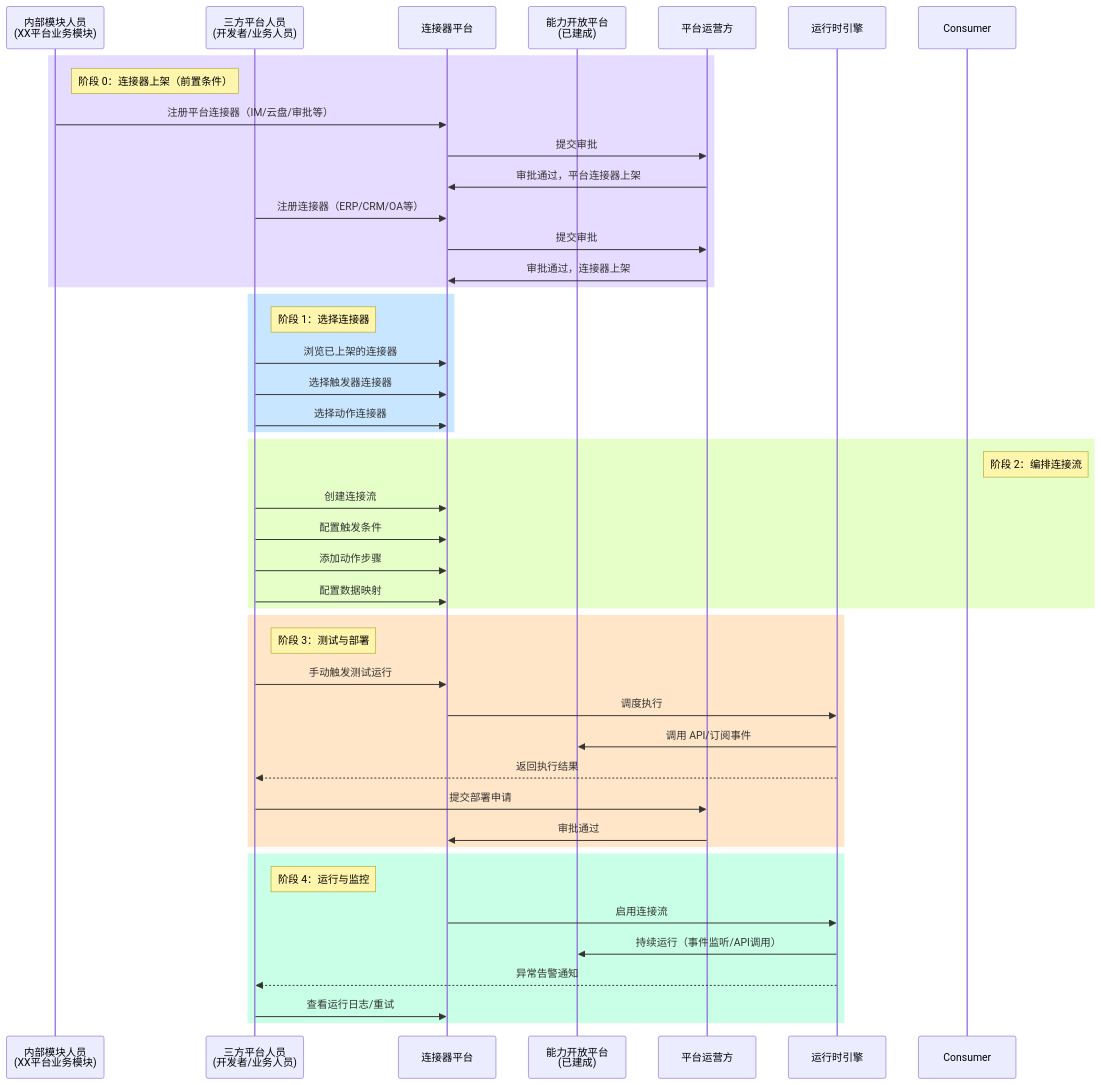
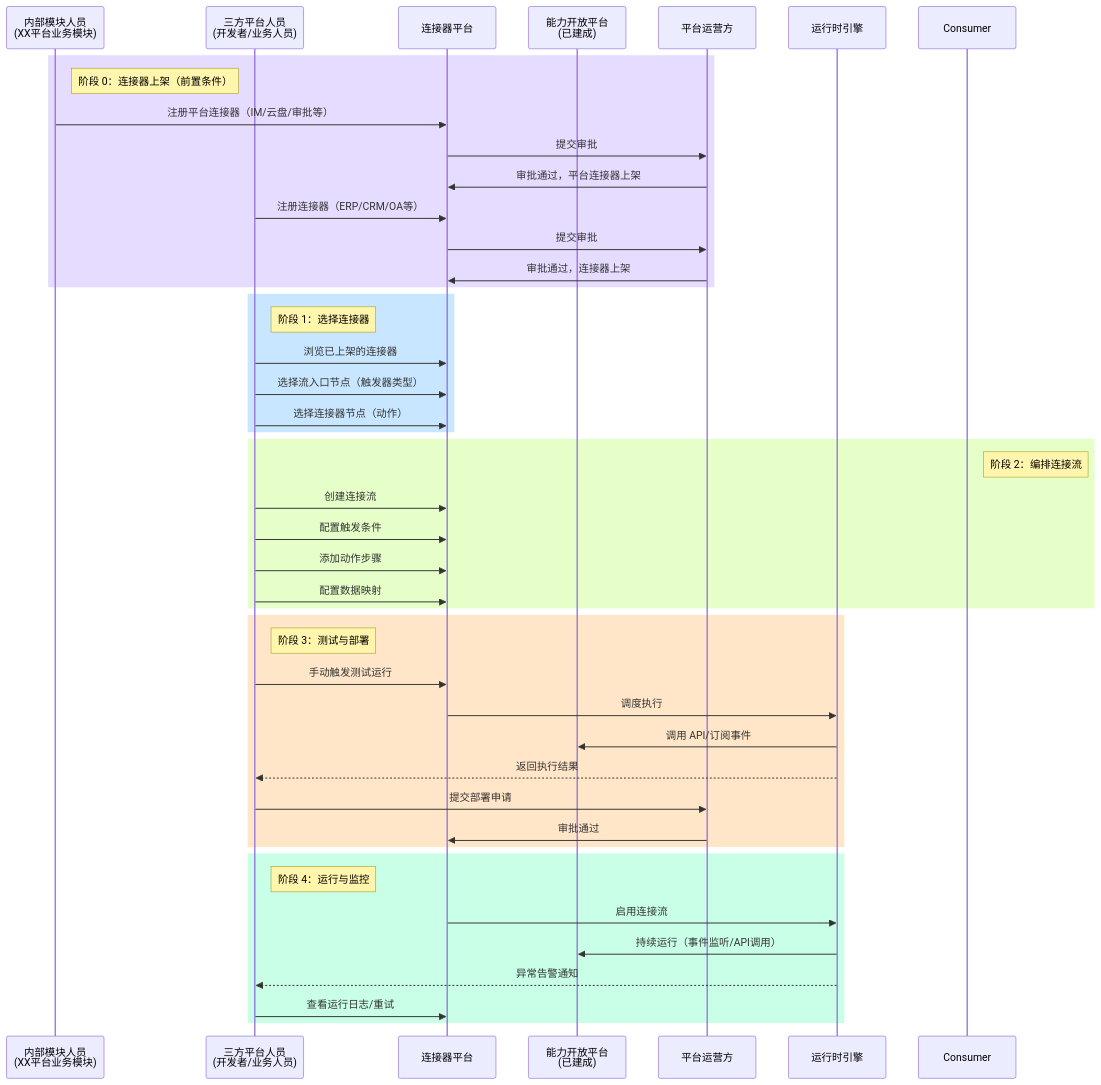
One commit to THZSummer/open-app changed diagram 12 of 14 in .sddu/specs-tree-root/specs-tree-connector-platform/discovery-report.md. Above: the diagram before and after it, drawn with Mermaid. The commit also changed other lines of this file, not shown here.

Commit message:
fix: 全文对齐新概念模型——3.2旧图/5.2关系图/3.4触发归属/4.2需求/5.1时序图/6.2对标/6.4参照/8.1假设全面更新

````diff
--- a/.sddu/specs-tree-root/specs-tree-connector-platform/discovery-report.md
+++ b/.sddu/specs-tree-root/specs-tree-connector-platform/discovery-report.md
@@ -522,52 +520,52 @@
 ```mermaid
 sequenceDiagram
     participant Inner as 内部模块人员<br/>(XX平台业务模块)
     participant Third as 三方平台人员<br/>(开发者/业务人员)
     participant ConnPlat as 连接器平台
     participant CapPlat as 能力开放平台<br/>(已建成)
     participant Operator as 平台运营方
     participant Runtime as 运行时引擎
     
     rect rgb(230, 220, 255)
         note right of Inner: 阶段 0：连接器上架（前置条件）
         Inner->>ConnPlat: 注册平台连接器（IM/云盘/审批等）
         ConnPlat->>Operator: 提交审批
         Operator->>ConnPlat: 审批通过，平台连接器上架
         Third->>ConnPlat: 注册连接器（ERP/CRM/OA等）
         ConnPlat->>Operator: 提交审批
         Operator->>ConnPlat: 审批通过，连接器上架
     end
     
     rect rgb(200, 230, 255)
         note right of Third: 阶段 1：选择连接器
         Third->>ConnPlat: 浏览已上架的连接器
-        Third->>ConnPlat: 选择触发器连接器
-        Third->>ConnPlat: 选择动作连接器
+        Third->>ConnPlat: 选择流入口节点（触发器类型）
+        Third->>ConnPlat: 选择连接器节点（动作）
     end
     
     rect rgb(230, 255, 200)
         note right of Consumer: 阶段 2：编排连接流
         Third->>ConnPlat: 创建连接流
         Third->>ConnPlat: 配置触发条件
         Third->>ConnPlat: 添加动作步骤
         Third->>ConnPlat: 配置数据映射
     end
     
     rect rgb(255, 230, 200)
         note right of Third: 阶段 3：测试与部署
         Third->>ConnPlat: 手动触发测试运行
         ConnPlat->>Runtime: 调度执行
         Runtime->>CapPlat: 调用 API/订阅事件
         Runtime-->>Third: 返回执行结果
         Third->>Operator: 提交部署申请
         Operator->>ConnPlat: 审批通过
     end
     
     rect rgb(200, 255, 230)
         note right of Third: 阶段 4：运行与监控
         ConnPlat->>Runtime: 启用连接流
         Runtime->>CapPlat: 持续运行（事件监听/API调用）
         Runtime-->>Third: 异常告警通知
         Third->>ConnPlat: 查看运行日志/重试
     end
 ```
````
